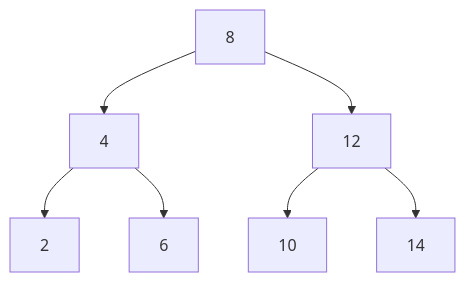
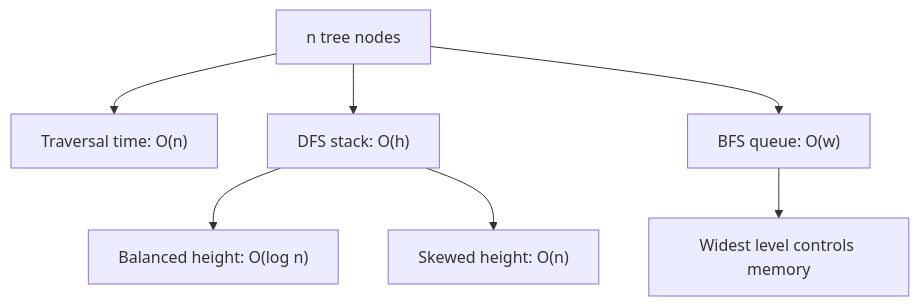
Before and after one commit to 9999dude/omega: the sixth of 19 diagrams in docs/datastructures/trees.md, drawn with Mermaid. The commit also changed other lines of this file and 58 other files, not shown here.

````diff
--- a/docs/datastructures/trees.md
+++ b/docs/datastructures/trees.md
@@ -269,9 +257,9 @@
 ```mermaid
-graph TD
-    A["8"] --> B["4"]
-    A --> C["12"]
-    B --> D["2"]
-    B --> E["6"]
-    C --> F["10"]
-    C --> G["14"]
+flowchart TD
+    N["n tree nodes"] --> T["Traversal time: O(n)"]
+    N --> D["DFS stack: O(h)"]
+    N --> B["BFS queue: O(w)"]
+    D --> BAL["Balanced height: O(log n)"]
+    D --> SKEW["Skewed height: O(n)"]
+    B --> WIDE["Widest level controls memory"]
 ```
````
